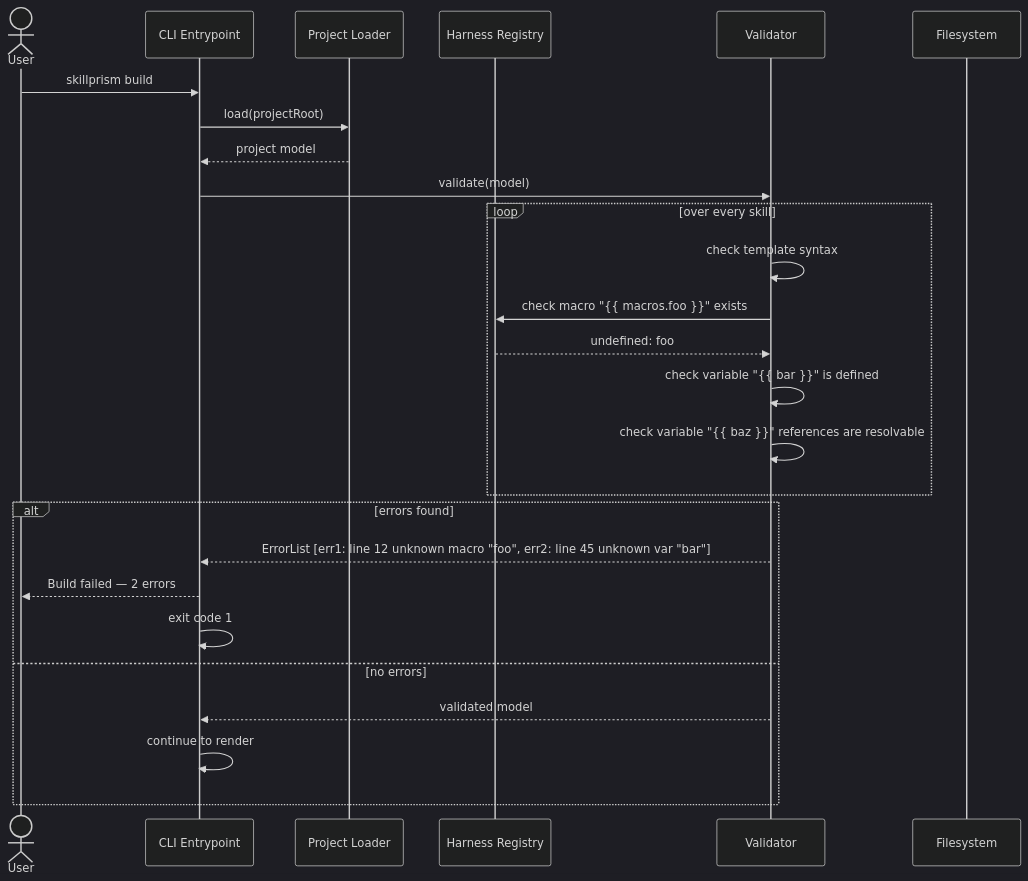
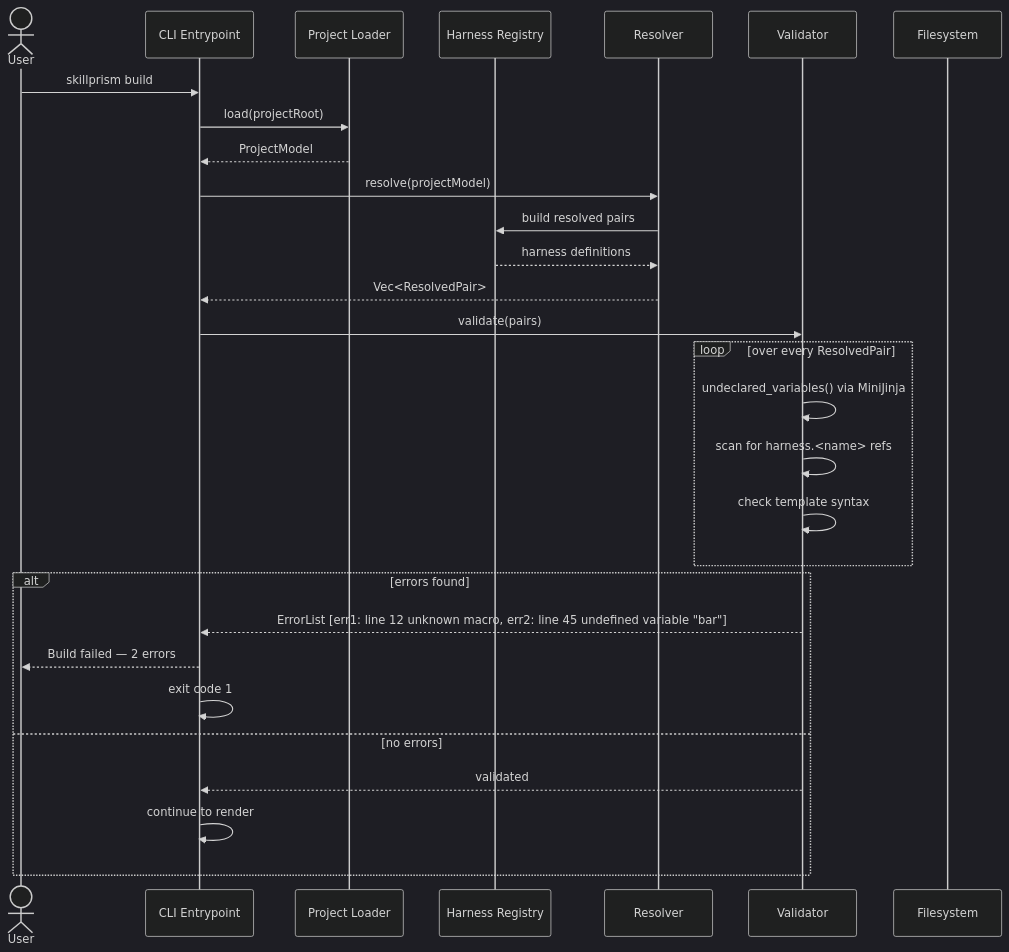
One commit to Tuvren/skillprism changed the diagram in .constitution/architecture/flows/flow-fail-on-error.md. Above: the diagram before and after it, drawn with Mermaid (dark theme). The commit also changed other lines of this file and 40 other files, not shown here.

````diff
--- a/.constitution/architecture/flows/flow-fail-on-error.md
+++ b/.constitution/architecture/flows/flow-fail-on-error.md
@@ -9,32 +9,36 @@
 ```mermaid
 sequenceDiagram
   actor User
   participant CLI as CLI Entrypoint
   participant Loader as Project Loader
   participant Registry as Harness Registry
+  participant Resolver as Resolver
   participant Valid8 as Validator
   participant FS as Filesystem
 
   User->>CLI: skillprism build
   CLI->>Loader: load(projectRoot)
-  Loader-->>CLI: project model
+  Loader-->>CLI: ProjectModel
 
-  CLI->>Valid8: validate(model)
+  CLI->>Resolver: resolve(projectModel)
+  Resolver->>Registry: build resolved pairs
+  Registry-->>Resolver: harness definitions
+  Resolver-->>CLI: Vec<ResolvedPair>
 
-  loop over every skill
+  CLI->>Valid8: validate(pairs)
+
+  loop over every ResolvedPair
+    Valid8->>Valid8: undeclared_variables() via MiniJinja
+    Valid8->>Valid8: scan for harness.<name> refs
     Valid8->>Valid8: check template syntax
-    Valid8->>Registry: check macro "{{ macros.foo }}" exists
-    Registry-->>Valid8: undefined: foo
-    Valid8->>Valid8: check variable "{{ bar }}" is defined
-    Valid8->>Valid8: check variable "{{ baz }}" references are resolvable
   end
 
   alt errors found
-    Valid8-->>CLI: ErrorList [err1: line 12 unknown macro "foo", err2: line 45 unknown var "bar"]
+    Valid8-->>CLI: ErrorList [err1: line 12 unknown macro, err2: line 45 undefined variable "bar"]
     CLI-->>User: Build failed — 2 errors
     CLI->>CLI: exit code 1
   else no errors
-    Valid8-->>CLI: validated model
+    Valid8-->>CLI: validated
     CLI->>CLI: continue to render
   end
 ```
````
